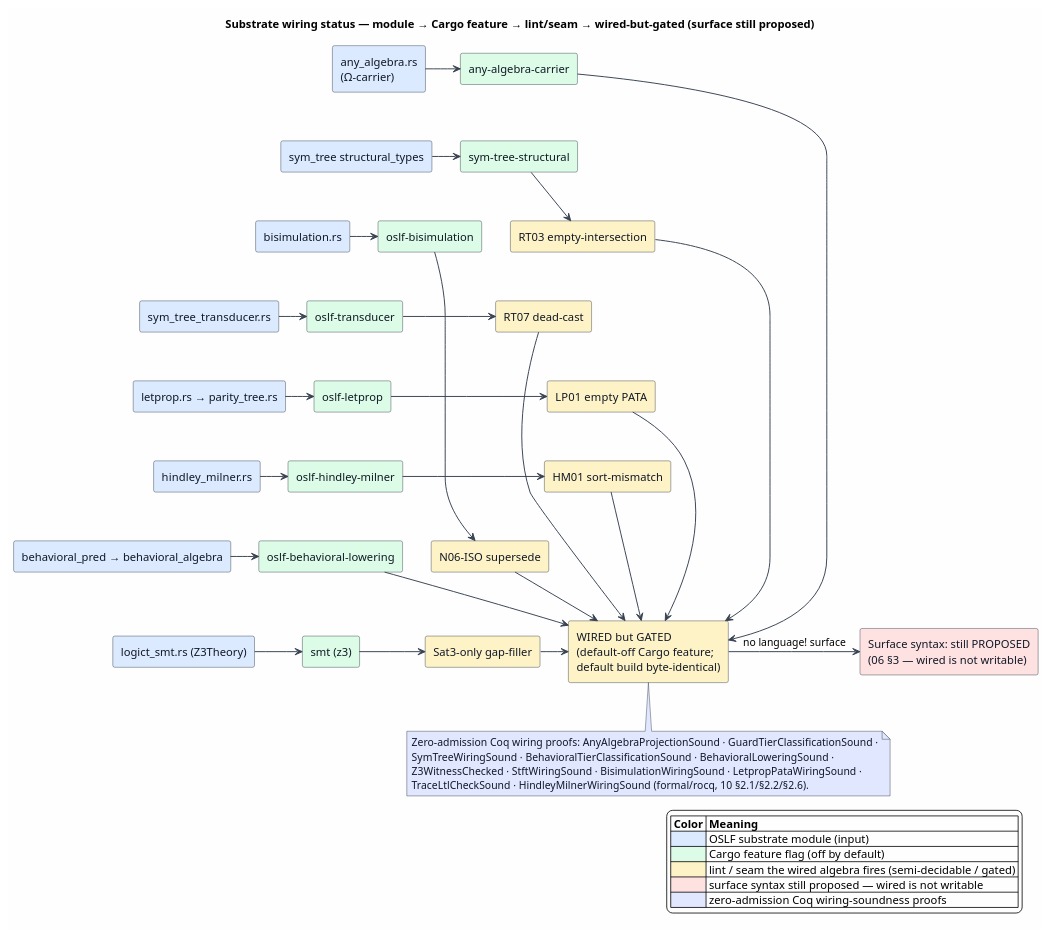
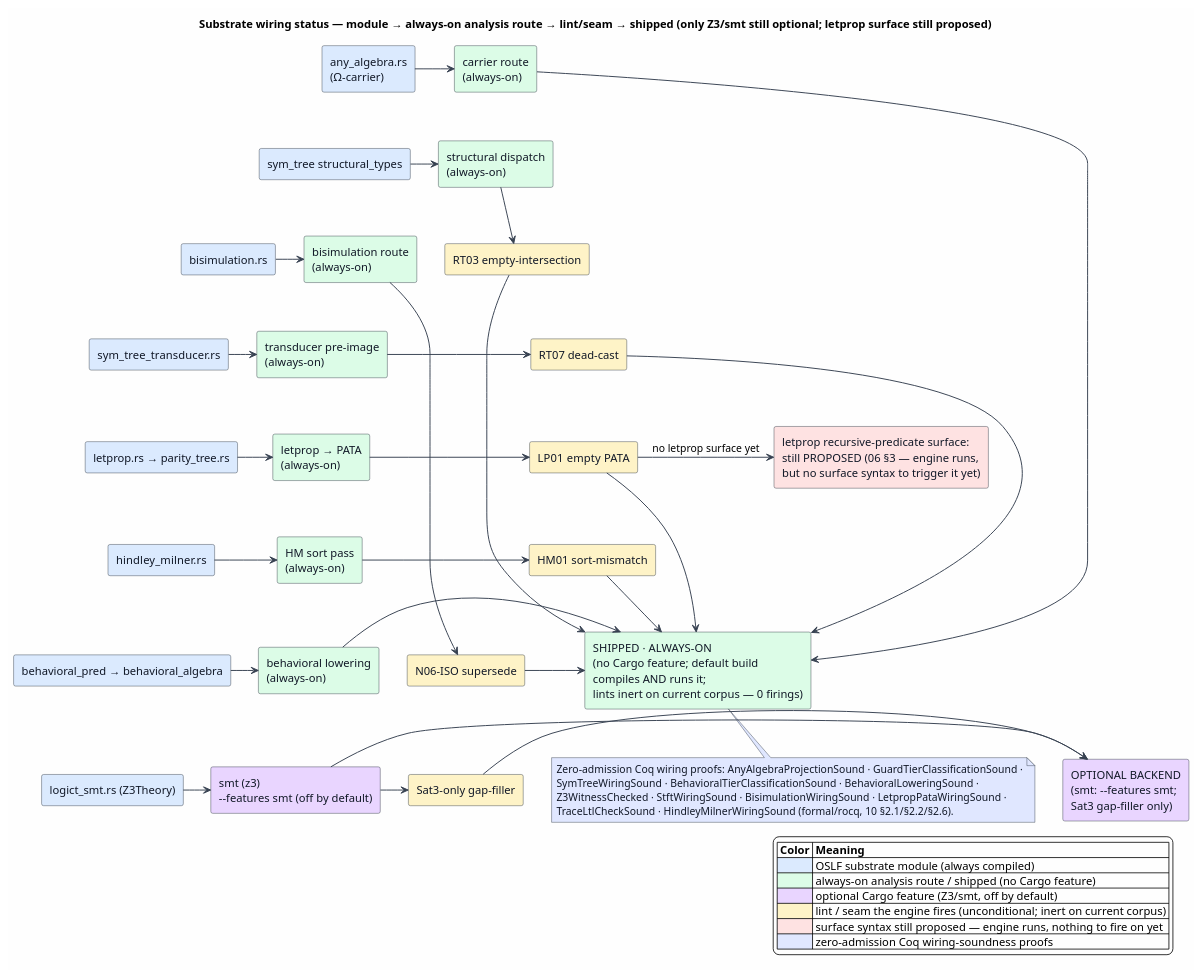
The diagram in docs/architecture/semantic-predicates/figures/06-substrate-wiring-status.puml (F1R3FLY-io/mettail-rust), drawn with PlantUML before and after one commit. The commit also changed 12 other files, not shown here.

First line of the commit message:
docs(prattail): OSLF precise-only — reflect feature deletion, engines now always-on

```diff
--- a/docs/architecture/semantic-predicates/figures/06-substrate-wiring-status.puml
+++ b/docs/architecture/semantic-predicates/figures/06-substrate-wiring-status.puml
@@ -1,117 +1,125 @@
 @startuml
-title Substrate wiring status — module → Cargo feature → lint/seam → wired-but-gated (surface still proposed)
+title Substrate wiring status — module → always-on analysis route → lint/seam → shipped (only Z3/smt still optional; letprop surface still proposed)
 
 skinparam backgroundColor #FEFEFE
 skinparam shadowing false
 skinparam ArrowColor #374151
 skinparam ArrowThickness 1.2
 skinparam componentStyle rectangle
 skinparam component {
   BorderColor #1F2937
   FontColor #111827
 }
 skinparam rectangle {
   BorderColor #1F2937
   FontColor #111827
 }
 skinparam note {
   BorderColor #1F2937
   FontColor #111827
 }
 
 ' ── OSLF substrate modules (blue) ──
 component "any_algebra.rs\n(Ω-carrier)" as M_CAR #DBEAFE
 component "sym_tree structural_types" as M_SYM #DBEAFE
 component "bisimulation.rs" as M_BIS #DBEAFE
 component "sym_tree_transducer.rs" as M_TRA #DBEAFE
 component "letprop.rs → parity_tree.rs" as M_LET #DBEAFE
 component "hindley_milner.rs" as M_HM #DBEAFE
 component "behavioral_pred → behavioral_algebra" as M_BL #DBEAFE
 component "logict_smt.rs (Z3Theory)" as M_Z3 #DBEAFE
 
-' ── Cargo features, OFF by default (green) ──
-component "any-algebra-carrier" as F_CAR #DCFCE7
-component "sym-tree-structural" as F_SYM #DCFCE7
-component "oslf-bisimulation" as F_BIS #DCFCE7
-component "oslf-transducer" as F_TRA #DCFCE7
-component "oslf-letprop" as F_LET #DCFCE7
-component "oslf-hindley-milner" as F_HM #DCFCE7
-component "oslf-behavioral-lowering" as F_BL #DCFCE7
-component "smt (z3)" as F_Z3 #DCFCE7
+' ── Always-on analysis routes, no Cargo feature (green) ──
+' (Z3/smt is the one route still behind an optional Cargo feature — purple.)
+component "carrier route\n(always-on)" as F_CAR #DCFCE7
+component "structural dispatch\n(always-on)" as F_SYM #DCFCE7
+component "bisimulation route\n(always-on)" as F_BIS #DCFCE7
+component "transducer pre-image\n(always-on)" as F_TRA #DCFCE7
+component "letprop → PATA\n(always-on)" as F_LET #DCFCE7
+component "HM sort pass\n(always-on)" as F_HM #DCFCE7
+component "behavioral lowering\n(always-on)" as F_BL #DCFCE7
+component "smt (z3)\n--features smt (off by default)" as F_Z3 #E9D5FF
 
-' ── Lint / seam the wired algebra fires (amber) ──
+' ── Lint / seam the always-on engine fires (amber) ──
 component "RT03 empty-intersection" as L_RT03 #FEF3C7
 component "RT07 dead-cast" as L_RT07 #FEF3C7
 component "LP01 empty PATA" as L_LP01 #FEF3C7
 component "HM01 sort-mismatch" as L_HM01 #FEF3C7
 component "N06-ISO supersede" as L_N06 #FEF3C7
 component "Sat3-only gap-filler" as L_SAT #FEF3C7
 
 ' ── Status sinks ──
-rectangle "WIRED but GATED\n(default-off Cargo feature;\ndefault build byte-identical)" as WG #FEF3C7
-rectangle "Surface syntax: still PROPOSED\n(06 §3 — wired is not writable)" as PROP #FEE2E2
+rectangle "SHIPPED · ALWAYS-ON\n(no Cargo feature; default build\ncompiles AND runs it;\nlints inert on current corpus — 0 firings)" as WG #DCFCE7
+rectangle "OPTIONAL BACKEND\n(smt: --features smt;\nSat3 gap-filler only)" as OPT #E9D5FF
+rectangle "letprop recursive-predicate surface:\nstill PROPOSED (06 §3 — engine runs,\nbut no surface syntax to trigger it yet)" as PROP #FEE2E2
 
 M_CAR -right-> F_CAR
 M_SYM -right-> F_SYM
 M_BIS -right-> F_BIS
 M_TRA -right-> F_TRA
 M_LET -right-> F_LET
 M_HM  -right-> F_HM
 M_BL  -right-> F_BL
 M_Z3  -right-> F_Z3
 
 F_SYM -right-> L_RT03
 F_TRA -right-> L_RT07
 F_LET -right-> L_LP01
 F_HM  -right-> L_HM01
 F_BIS -right-> L_N06
 F_Z3  -right-> L_SAT
 
 F_CAR  -right-> WG
 F_BL   -right-> WG
 L_RT03 -right-> WG
 L_RT07 -right-> WG
 L_LP01 -right-> WG
 L_HM01 -right-> WG
 L_N06  -right-> WG
-L_SAT  -right-> WG
 
-WG -right-> PROP : no language! surface
+' Z3/smt is the one path still behind an optional Cargo feature.
+F_Z3  -right-> OPT
+L_SAT -right-> OPT
+
+' The engines all run; only letprop lacks a surface to fire on.
+L_LP01 -right-> PROP : no letprop surface yet
 
 ' ── force a 4-column matrix: stack each column vertically ──
 M_CAR -[hidden]down- M_SYM
 M_SYM -[hidden]down- M_BIS
 M_BIS -[hidden]down- M_TRA
 M_TRA -[hidden]down- M_LET
 M_LET -[hidden]down- M_HM
 M_HM  -[hidden]down- M_BL
 M_BL  -[hidden]down- M_Z3
 F_CAR -[hidden]down- F_SYM
 F_SYM -[hidden]down- F_BIS
 F_BIS -[hidden]down- F_TRA
 F_TRA -[hidden]down- F_LET
 F_LET -[hidden]down- F_HM
 F_HM  -[hidden]down- F_BL
 F_BL  -[hidden]down- F_Z3
 L_RT03 -[hidden]down- L_RT07
 L_RT07 -[hidden]down- L_LP01
 L_LP01 -[hidden]down- L_HM01
 L_HM01 -[hidden]down- L_N06
 L_N06  -[hidden]down- L_SAT
+WG -[hidden]down- OPT
 
 note bottom of WG #E0E7FF
   Zero-admission Coq wiring proofs: AnyAlgebraProjectionSound · GuardTierClassificationSound ·
   SymTreeWiringSound · BehavioralTierClassificationSound · BehavioralLoweringSound ·
   Z3WitnessChecked · StftWiringSound · BisimulationWiringSound · LetpropPataWiringSound ·
   TraceLtlCheckSound · HindleyMilnerWiringSound (formal/rocq, 10 §2.1/§2.2/§2.6).
 end note
 
 legend right
 |= Color |= Meaning |
-|<#DBEAFE> | OSLF substrate module (input) |
-|<#DCFCE7> | Cargo feature flag (off by default) |
-|<#FEF3C7> | lint / seam the wired algebra fires (semi-decidable / gated) |
-|<#FEE2E2> | surface syntax still proposed — wired is not writable |
+|<#DBEAFE> | OSLF substrate module (always compiled) |
+|<#DCFCE7> | always-on analysis route / shipped (no Cargo feature) |
+|<#E9D5FF> | optional Cargo feature (Z3/smt, off by default) |
+|<#FEF3C7> | lint / seam the engine fires (unconditional; inert on current corpus) |
+|<#FEE2E2> | surface syntax still proposed — engine runs, nothing to fire on yet |
 |<#E0E7FF> | zero-admission Coq wiring-soundness proofs |
 endlegend
 @enduml
```
